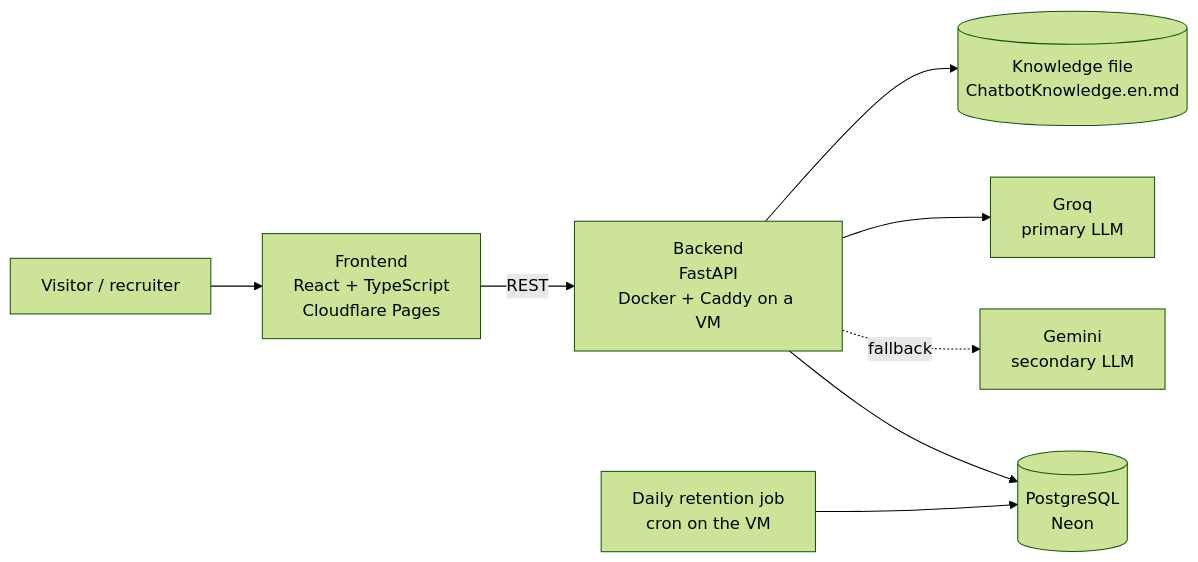
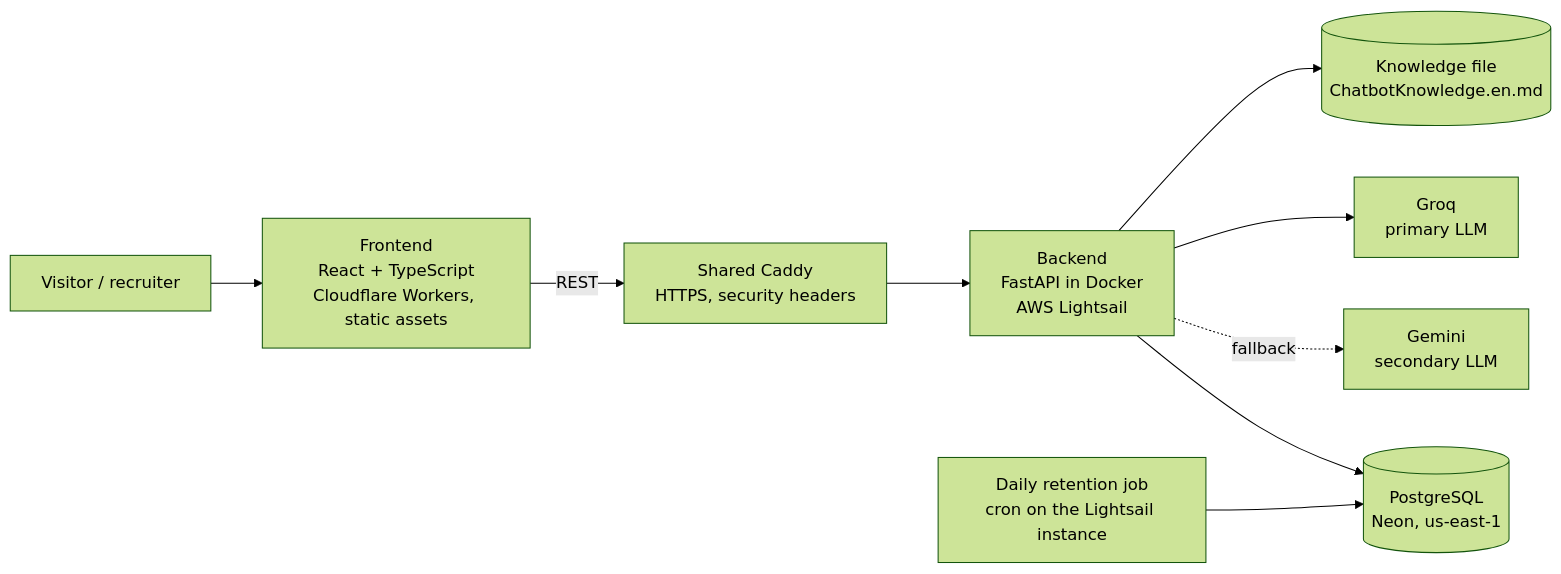
Before and after one commit to Joalregra/developer-portfolio: the diagram in docs/architecture.md, drawn with Mermaid (forest theme). The commit also changed other lines of this file and 6 other files, not shown here.

````diff
--- a/docs/architecture.md
+++ b/docs/architecture.md
@@ -3,10 +3,11 @@
 ```mermaid
 flowchart LR
-  V[Visitor / recruiter] --> F[Frontend<br/>React + TypeScript<br/>Cloudflare Pages]
-  F -->|REST| B[Backend<br/>FastAPI<br/>Docker + Caddy on a VM]
+  V[Visitor / recruiter] --> F[Frontend<br/>React + TypeScript<br/>Cloudflare Workers, static assets]
+  F -->|REST| P[Shared Caddy<br/>HTTPS, security headers]
+  P --> B[Backend<br/>FastAPI in Docker<br/>AWS Lightsail]
   B --> K[(Knowledge file<br/>ChatbotKnowledge.en.md)]
   B --> L1[Groq<br/>primary LLM]
   B -.fallback.-> L2[Gemini<br/>secondary LLM]
-  B --> D[(PostgreSQL<br/>Neon)]
-  J[Daily retention job<br/>cron on the VM] --> D
+  B --> D[(PostgreSQL<br/>Neon, us-east-1)]
+  J[Daily retention job<br/>cron on the Lightsail instance] --> D
 ```
````
